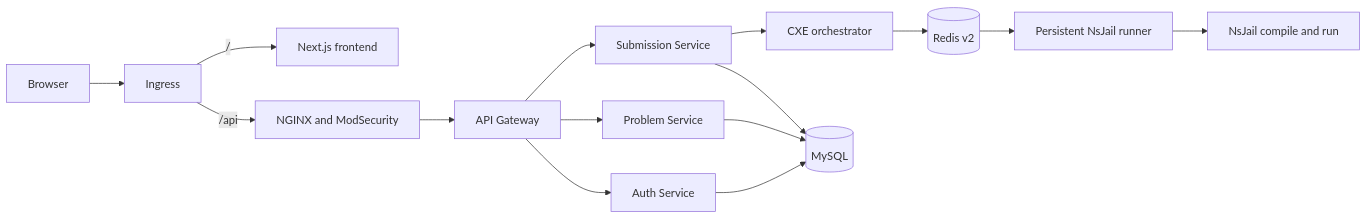
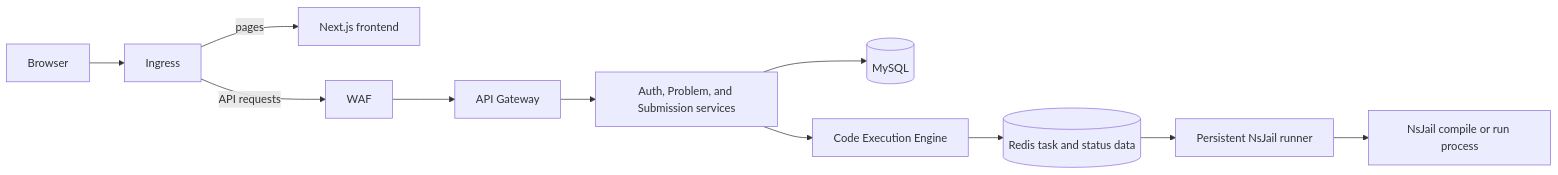
One commit to hrishabh6/AlgoCrackl-Docs changed the first of 2 diagrams in content/docs/architecture/overview.mdx. Above: the diagram before and after it, drawn with Mermaid. The commit also changed other lines of this file and 4 other files, not shown here.

Commit message:
feat(docs): add expandable architecture diagrams

````diff
--- a/content/docs/architecture/overview.mdx
+++ b/content/docs/architecture/overview.mdx
@@ -22,17 +26,13 @@
 ```mermaid
 flowchart LR
-  Browser[Browser] --> Ingress[Ingress]
-  Ingress -->|/| Frontend[Next.js frontend]
-  Ingress -->|/api| WAF[NGINX and ModSecurity]
+  Browser[Browser] --> Edge[Ingress]
+  Edge -->|pages| Frontend[Next.js frontend]
+  Edge -->|API requests| WAF[WAF]
   WAF --> Gateway[API Gateway]
-  Gateway --> Auth[Auth Service]
-  Gateway --> Problem[Problem Service]
-  Gateway --> Submission[Submission Service]
-  Submission --> CXE[CXE orchestrator]
-  CXE --> Redis[(Redis v2)]
+  Gateway --> Domain[Auth, Problem, and Submission services]
+  Domain --> MySQL[(MySQL)]
+  Domain --> CXE[Code Execution Engine]
+  CXE --> Redis[(Redis task and status data)]
   Redis --> Runner[Persistent NsJail runner]
-  Runner --> Jail[NsJail compile and run]
-  Auth --> MySQL[(MySQL)]
-  Problem --> MySQL
-  Submission --> MySQL
+  Runner --> Jail[NsJail compile or run process]
 ```
````
